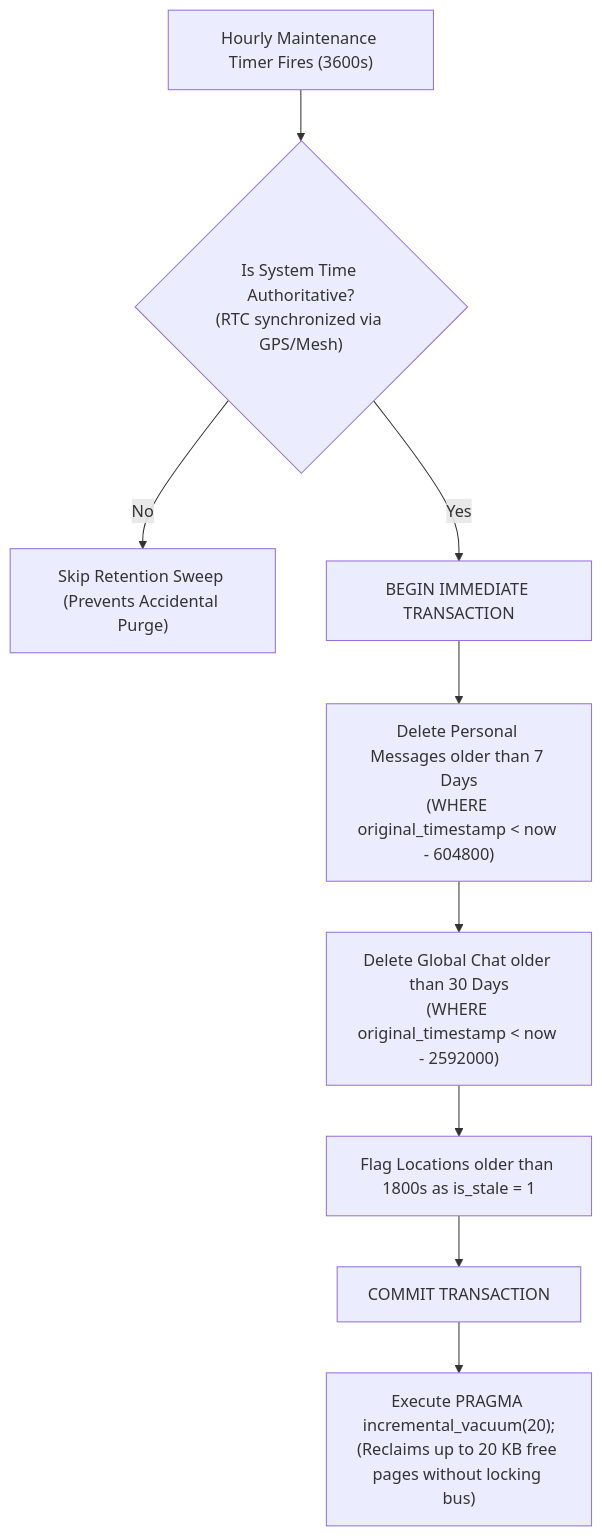
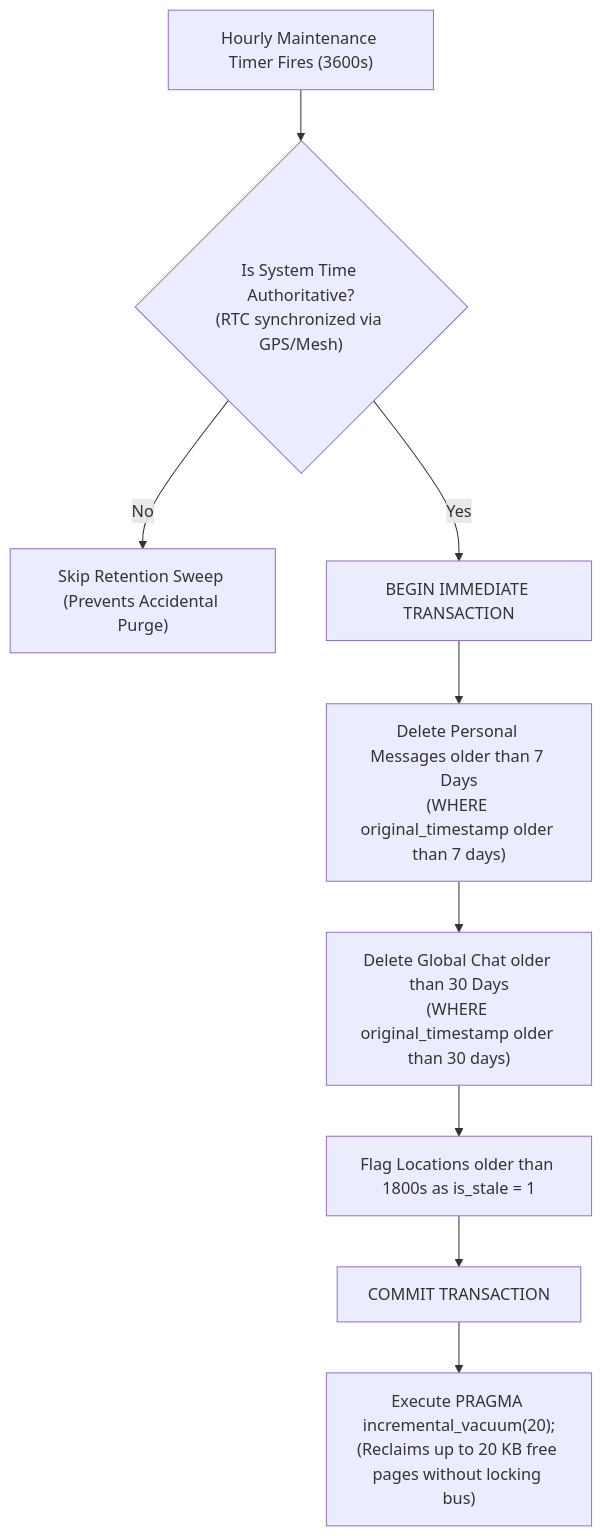
The ninth of 11 diagrams in BLUEPRINT.md (The-Usual-Idiots/LoRaResQ), drawn with Mermaid before and after one commit. The commit also changed other lines of this file and 4 other files, not shown here.

Commit message:
fix(docs): sanitize all 11 Mermaid diagrams and add standalone HTML previewer

````diff
--- a/BLUEPRINT.md
+++ b/BLUEPRINT.md
@@ -642,11 +642,11 @@
 ```mermaid
 flowchart TD
     WAKE["Hourly Maintenance Timer Fires (3600s)"] --> RTC{"Is System Time Authoritative?<br>(RTC synchronized via GPS/Mesh)"}
-    RTC -- No --> SKIP["Skip Retention Sweep (Prevents Accidental Purge)"]
-    RTC -- Yes --> BEGIN["BEGIN IMMEDIATE TRANSACTION"]
-    BEGIN --> PURGE_PM["Delete Personal Messages older than 7 Days<br>(WHERE original_timestamp < now - 604800)"]
-    PURGE_PM --> PURGE_GM["Delete Global Chat older than 30 Days<br>(WHERE original_timestamp < now - 2592000)"]
+    RTC -- "No" --> SKIP["Skip Retention Sweep (Prevents Accidental Purge)"]
+    RTC -- "Yes" --> BEGIN["BEGIN IMMEDIATE TRANSACTION"]
+    BEGIN --> PURGE_PM["Delete Personal Messages older than 7 Days<br>(WHERE original_timestamp older than 7 days)"]
+    PURGE_PM --> PURGE_GM["Delete Global Chat older than 30 Days<br>(WHERE original_timestamp older than 30 days)"]
     PURGE_GM --> STALE_LOC["Flag Locations older than 1800s as is_stale = 1"]
     STALE_LOC --> COMMIT["COMMIT TRANSACTION"]
     COMMIT --> VACUUM["Execute PRAGMA incremental_vacuum(20);<br>(Reclaims up to 20 KB free pages without locking bus)"]
 ```
````
